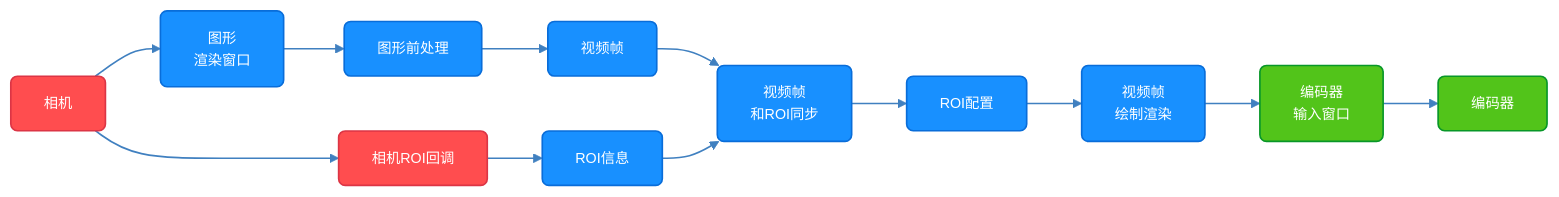
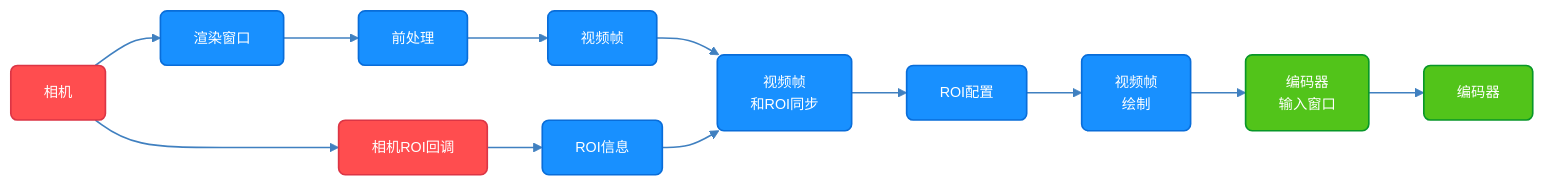
The first of 3 diagrams in zh-cn/application-dev/media/avcodec/video-encoding-ROI.md (openharmony-rs/openharmony-docs), drawn with Mermaid (base theme) before and after one commit. The commit also changed other lines of this file, not shown here.

````diff
--- a/zh-cn/application-dev/media/avcodec/video-encoding-ROI.md
+++ b/zh-cn/application-dev/media/avcodec/video-encoding-ROI.md
@@ -90,32 +95,32 @@
 ```Mermaid
 flowchart LR
     classDef redNode fill:#ff4d4f,stroke:#dc3545,stroke-width:1.5px,rx:6px,ry:6px,font-size:13px,color:#fff
     classDef greenNode fill:#52c41a,stroke:#089728,stroke-width:1.5px,rx:6px,ry:6px,font-size:13px,color:#fff
     classDef blueNode fill:#1890ff,stroke:#096dd9,stroke-width:1.5px,rx:6px,ry:6px,font-size:13px,color:#fff
 
     A["相机"]:::redNode 
-    B["图形<br>渲染窗口"]:::blueNode
+    B["渲染窗口"]:::blueNode
     C["相机ROI回调"]:::redNode
     D["视频帧<br>和ROI同步"]:::blueNode
     E["ROI配置"]:::blueNode
-    F["视频帧<br>绘制渲染"]:::blueNode
+    F["视频帧<br>绘制"]:::blueNode
     G["编码器<br>输入窗口"]:::greenNode
     H["编码器"]:::greenNode
-    I["图形前处理"]:::blueNode
+    I["前处理"]:::blueNode
     J["视频帧"]:::blueNode
     K["ROI信息"]:::blueNode
 
     A --> B
     A --> C
     B --> I
     I --> J
     C --> K
     J --> D
     K --> D
     D --> E
     E --> F
     F --> G
     G --> H
 
     linkStyle 0,1,2,3,4,5,6,7,8,9,10 stroke:#4080c0,stroke-width:1.5px,arrowheadStyle:filled
 ```
````
